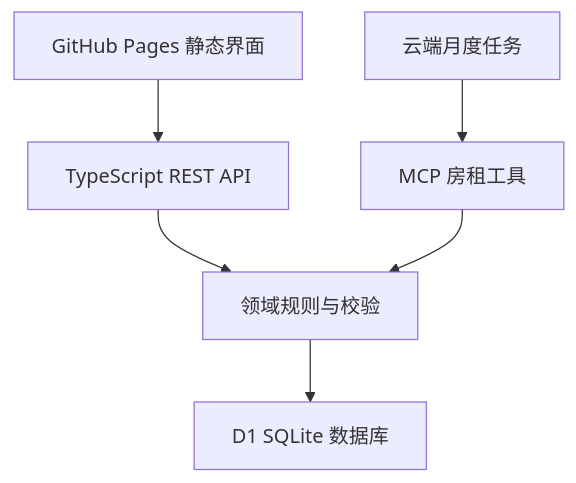
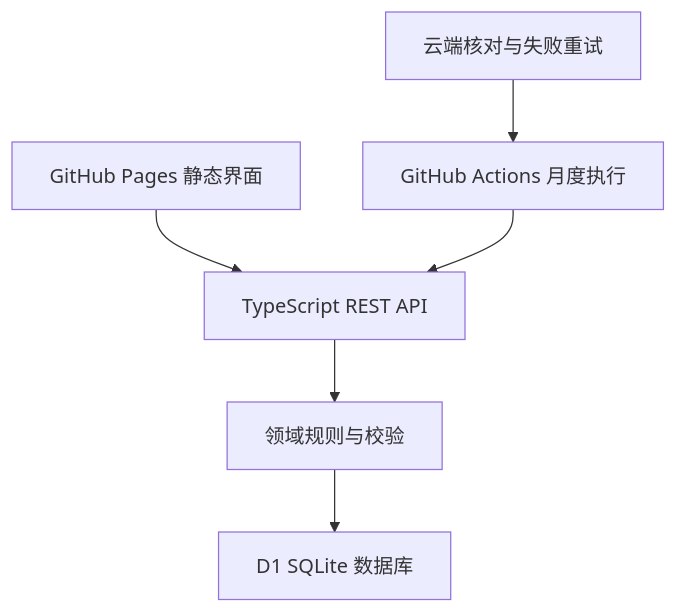
The diagram in split/project/backend/public/split/docs/PROJECT.md (Oscar-Ge/Oscar-Ge.github.io), drawn with Mermaid before and after one commit. The commit also changed other lines of this file and 9 other files, not shown here.

````diff
--- a/split/project/backend/public/split/docs/PROJECT.md
+++ b/split/project/backend/public/split/docs/PROJECT.md
@@ -29,8 +29,8 @@
 ```mermaid
 flowchart TD
   A[GitHub Pages 静态界面] --> B[TypeScript REST API]
   B --> C[领域规则与校验]
   C --> D[D1 SQLite 数据库]
-  E[云端月度任务] --> F[MCP 房租工具]
-  F --> C
+  E[GitHub Actions 月度执行] --> B
+  F[云端核对与失败重试] --> E
 ```
````
